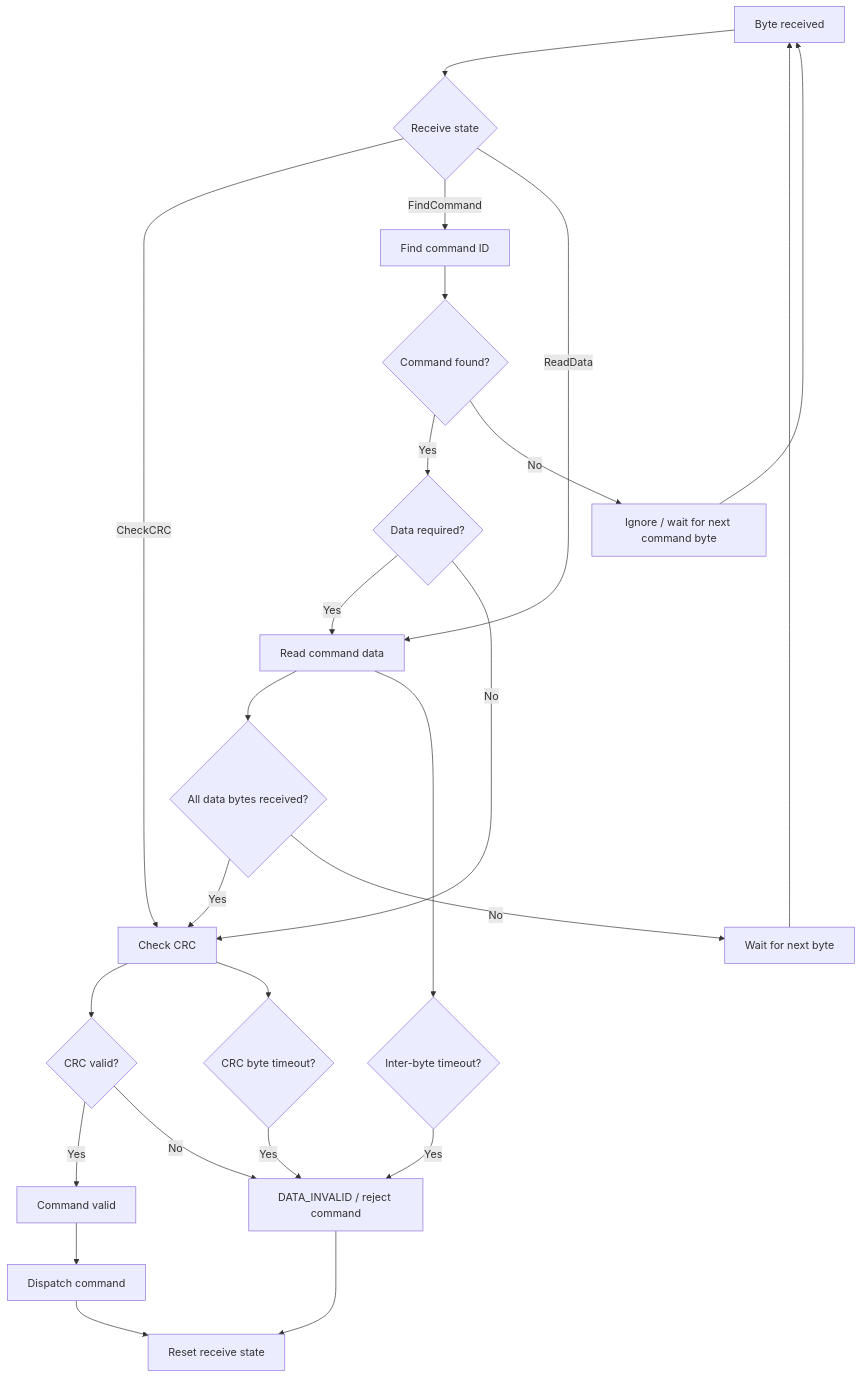
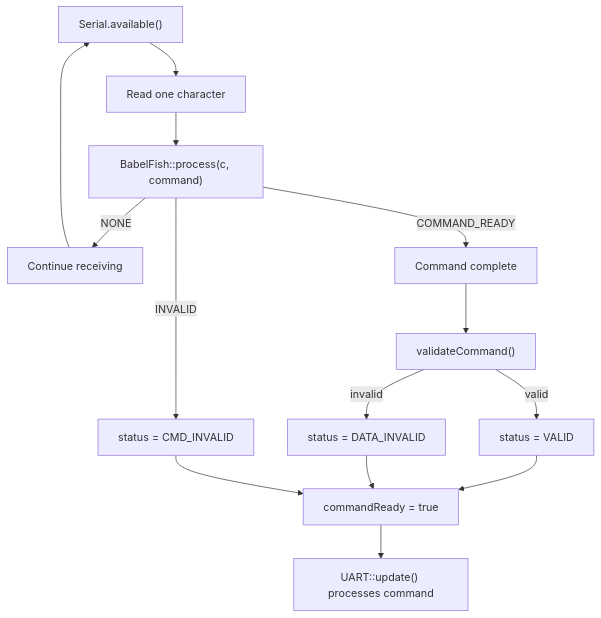
Before and after one commit to ErikaB-sys/Fiddle_yard_UVB: the second of 4 diagrams in FY_Controller_Motor/docs/UART/ReceiveFlow.md, drawn with Mermaid. The commit also changed other lines of this file, not shown here.

Commit message:
docs(UART): align flow documentation with current architecture

````diff
--- a/FY_Controller_Motor/docs/UART/ReceiveFlow.md
+++ b/FY_Controller_Motor/docs/UART/ReceiveFlow.md
@@ -5,39 +41,20 @@
 ```mermaid
 flowchart TD
-    A[Byte received] --> B{Receive state}
-    B -->|CheckCRC| E[Check CRC]
-    B -->|FindCommand| C[Find command ID]
-    B -->|ReadData| D[Read command data]
-    
+    A["Serial.available()"] --> B["Read one character"]
+    B --> C["BabelFish::process(c, command)"]
 
-    C --> F{Command found?}
-    F -->|Yes| H{Data required?}
-    F -->|No| G[Ignore / wait for next command byte]
-    
-    H -->|Yes| D
-    H -->|No| E
-    
+    C -->|NONE| D["Continue receiving"]
+    D --> A
 
-    D --> I{All data bytes received?}
-     I -->|Yes| E
-     I -->|No| J[Wait for next byte]
-    
+    C -->|COMMAND_READY| E["Command complete"]
+    E --> F["validateCommand()"]
+    F -->|valid| G["status = VALID"]
+    F -->|invalid| H["status = DATA_INVALID"]
+    G --> I["commandReady = true"]
+    H --> I
 
+    C -->|INVALID| J["status = CMD_INVALID"]
+    J --> I
 
-    E --> K{CRC valid?}
-    K -->|Yes| M[Command valid]
-    K -->|No| L[DATA_INVALID / reject command]
-    
-    M --> N[Dispatch command]
-
-    D --> O{Inter-byte timeout?}
-    O -->|Yes| L
-
-    E --> P{CRC byte timeout?}
-    P -->|Yes| L
-
-    L --> Q[Reset receive state]
-    N --> Q
-    G --> A
-    J --> A
+    I --> K["UART::update() processes command"]
 ```
````
